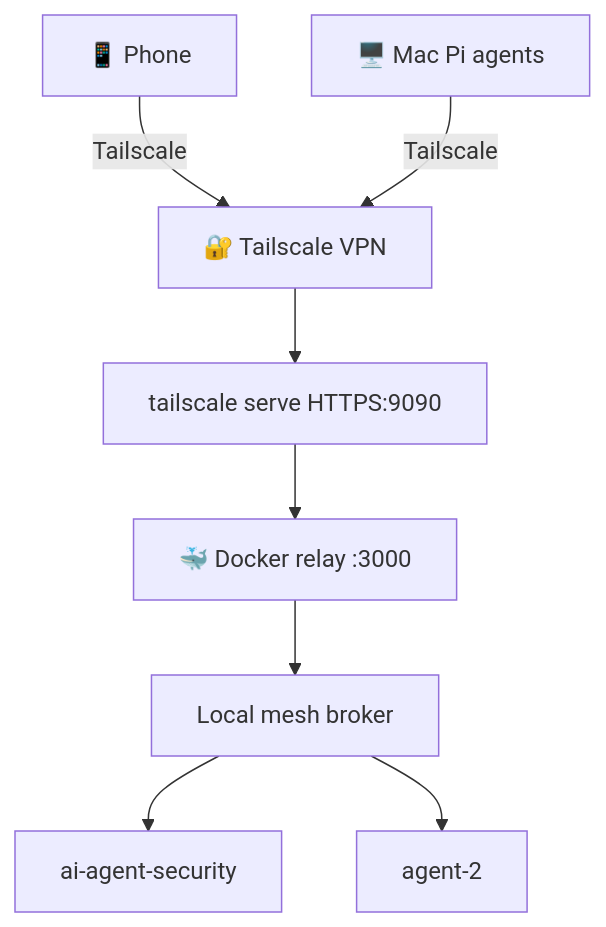
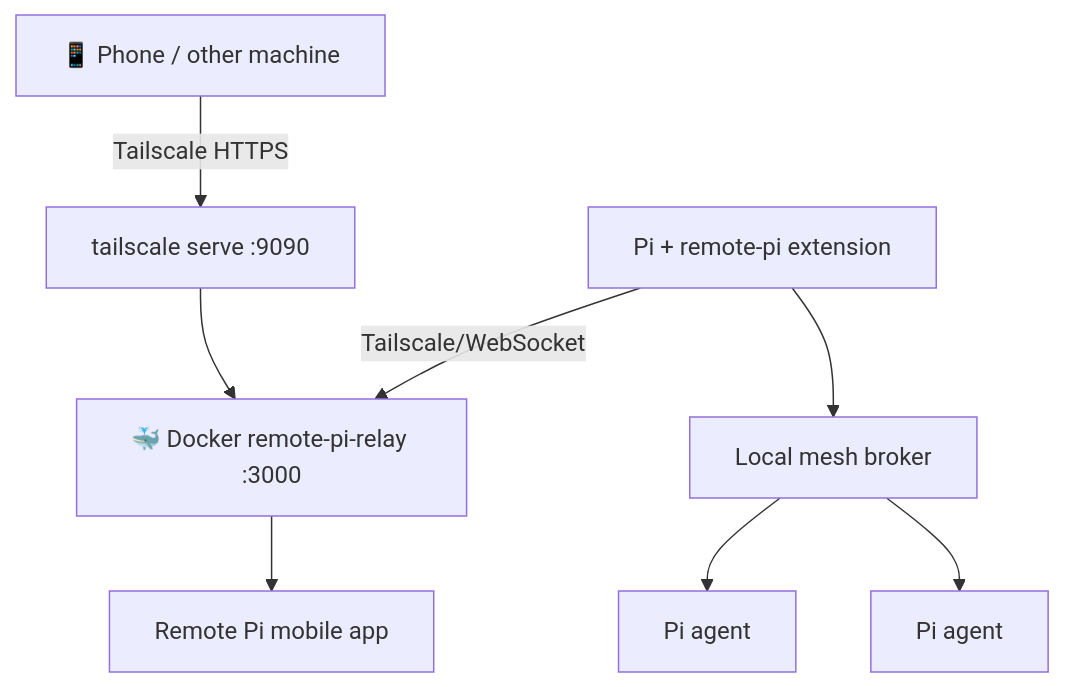
Before and after one commit to quickcall-dev/all-configs: the diagram in pi/remote-pi/setup.md, drawn with Mermaid. The commit also changed other lines of this file and 1 other file, not shown here.

Commit message:
Document Linux Remote Pi Tailscale setup

````diff
--- a/pi/remote-pi/setup.md
+++ b/pi/remote-pi/setup.md
@@ -7,10 +14,10 @@
 ```mermaid
 graph TD
-    phone[📱 Phone] -- Tailscale --> tailscale[🔐 Tailscale VPN]
-    mac[🖥️ Mac Pi agents] -- Tailscale --> tailscale
-    tailscale --> serve[tailscale serve HTTPS:9090]
-    serve --> relay[🐳 Docker relay :3000]
-    relay --> broker[Local mesh broker]
-    broker --> agent1[ai-agent-security]
-    broker --> agent2[agent-2]
+    phone[📱 Phone / other machine] -- Tailscale HTTPS --> serve[tailscale serve :9090]
+    serve --> relay[🐳 Docker remote-pi-relay :3000]
+    pi[Pi + remote-pi extension] -- Tailscale/WebSocket --> relay
+    relay --> app[Remote Pi mobile app]
+    pi --> broker[Local mesh broker]
+    broker --> agent1[Pi agent]
+    broker --> agent2[Pi agent]
 ```
````
